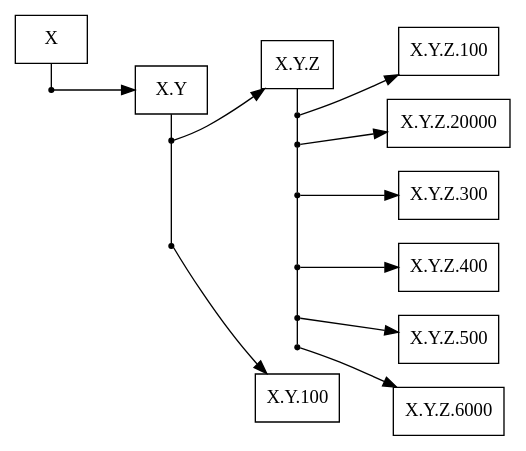
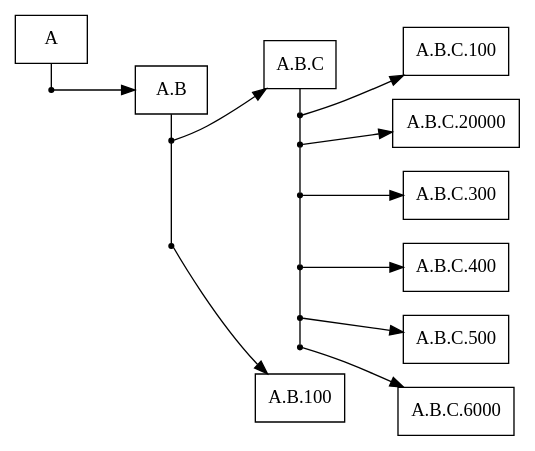
The diagram in organization.dot (greatgauss/graphviz_script), drawn with Graphviz before and after one commit.

```diff
--- a/organization.dot
+++ b/organization.dot
@@ -1,58 +1,58 @@
 digraph tree
 {
 
     rankdir=LR;    
     fixedsize=true;          
     
  node [shape=box, fontname="FangSong" size="20,20"];
-    a_dir_1 [label="X" shape=box]
+    a_dir_1 [label="A" shape=box]
 
     a_point_1 [shape=point]
-    b_dir_1 [label="X.Y"]
+    b_dir_1 [label="A.B"]
     a_point_1 -> b_dir_1
 
     b_point_1 [shape=point]
-    c_dir_1 [label="X.Y.Z"]
+    c_dir_1 [label="A.B.C"]
     b_point_1 -> c_dir_1
 
     c_point_1 [shape=point]
-    d_dir_1 [label="X.Y.Z.100"]
+    d_dir_1 [label="A.B.C.100"]
     c_point_1 -> d_dir_1
 
     c_point_2 [shape=point]
-    d_dir_2 [label="X.Y.Z.20000"]
+    d_dir_2 [label="A.B.C.20000"]
     c_point_2 -> d_dir_2
 
     c_point_3 [shape=point]
-    d_dir_3 [label="X.Y.Z.300"]
+    d_dir_3 [label="A.B.C.300"]
     c_point_3 -> d_dir_3
 
     c_point_4 [shape=point]
-    d_dir_4 [label="X.Y.Z.400"]
+    d_dir_4 [label="A.B.C.400"]
     c_point_4 -> d_dir_4
 
     c_point_5 [shape=point]
-    d_dir_5 [label="X.Y.Z.500"]
+    d_dir_5 [label="A.B.C.500"]
     c_point_5 -> d_dir_5
 
     c_point_6 [shape=point]
-    d_dir_6 [label="X.Y.Z.6000"]
+    d_dir_6 [label="A.B.C.6000"]
     c_point_6 -> d_dir_6
  
     b_point_2 [shape=point]
-    c_dir_2 [label="X.Y.100"]
+    c_dir_2 [label="A.B.100"]
     b_point_2 -> c_dir_2
  
     {
         rank=same;
         a_dir_1 -> a_point_1 [arrowhead=none]
     }
     {
         rank=same;
         b_dir_1 -> b_point_1 -> b_point_2 [arrowhead=none]
     }
     {
         rank=same;
         c_dir_1 -> c_point_1 -> c_point_2 -> c_point_3 -> c_point_4 -> c_point_5 -> c_point_6 [arrowhead=none]
     }
 }
```
